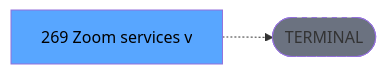
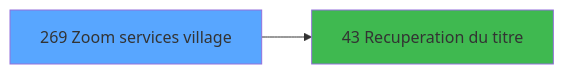
One commit to thonyAGP/magic-migration changed the third of 3 diagrams in .openspec/specs/ADH-IDE-269.md. Above: the diagram before and after it, drawn with Mermaid. The commit also changed other lines of this file and 493 other files, not shown here.

````diff
--- a/.openspec/specs/ADH-IDE-269.md
+++ b/.openspec/specs/ADH-IDE-269.md
@@ -138,8 +197,8 @@
 ```mermaid
 graph LR
-    T[269 Zoom services v]
-    TERM([TERMINAL])
-    T -.-> TERM
-    style TERM fill:#6b7280,stroke-dasharray: 5 5
-    style T fill:#58a6ff,color:#000
+    T269[269 Zoom services village]
+    style T269 fill:#58a6ff
+    C43[43 Recuperation du titre]
+    T269 --> C43
+    style C43 fill:#3fb950
 ```
````
